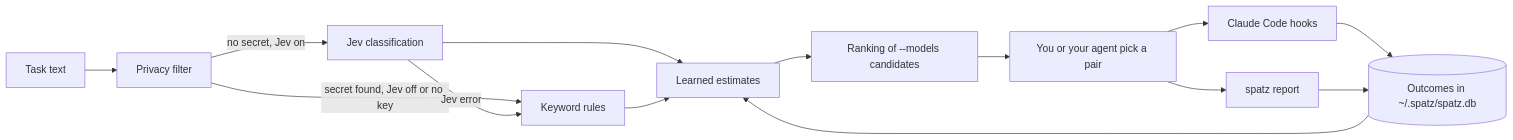
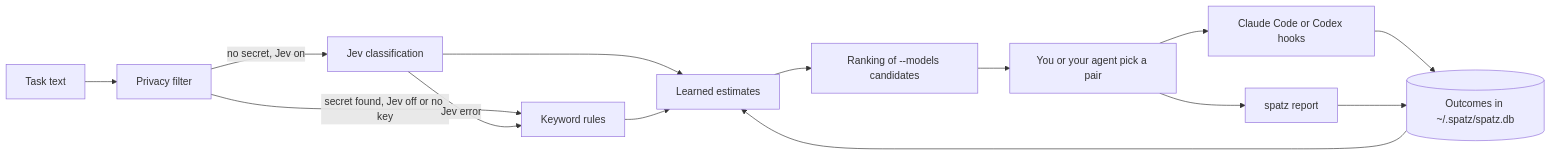
Before and after one commit to lorenzh/spatz: the diagram in README.md, drawn with Mermaid. The commit also changed other lines of this file and 13 other files, not shown here.

````diff
--- a/README.md
+++ b/README.md
@@ -28,16 +28,16 @@
 ```mermaid
 flowchart LR
     T[Task text] --> F[Privacy filter]
     F -->|no secret, Jev on| J[Jev classification]
     F -->|secret found, Jev off or no key| K[Keyword rules]
     J -->|Jev error| K
     J --> E[Learned estimates]
     K --> E
     E --> R[Ranking of --models candidates]
     R --> U[You or your agent pick a pair]
-    U --> H[Claude Code hooks]
+    U --> H[Claude Code or Codex hooks]
     U --> S[spatz report]
     H --> O[(Outcomes in ~/.spatz/spatz.db)]
     S --> O
     O --> E
 ```
````
